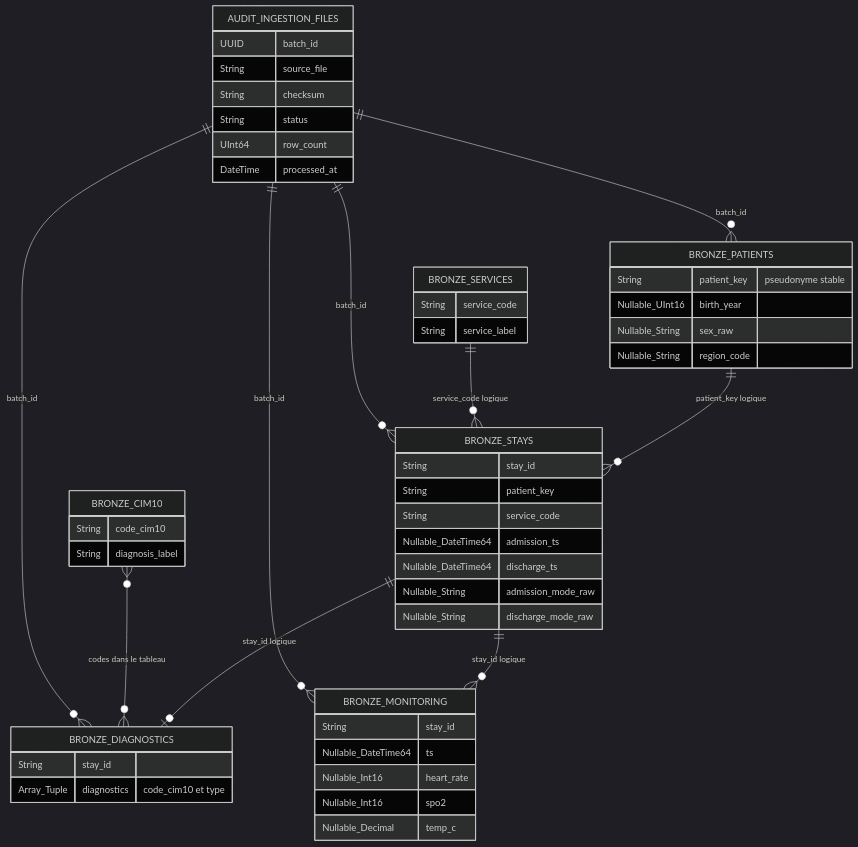
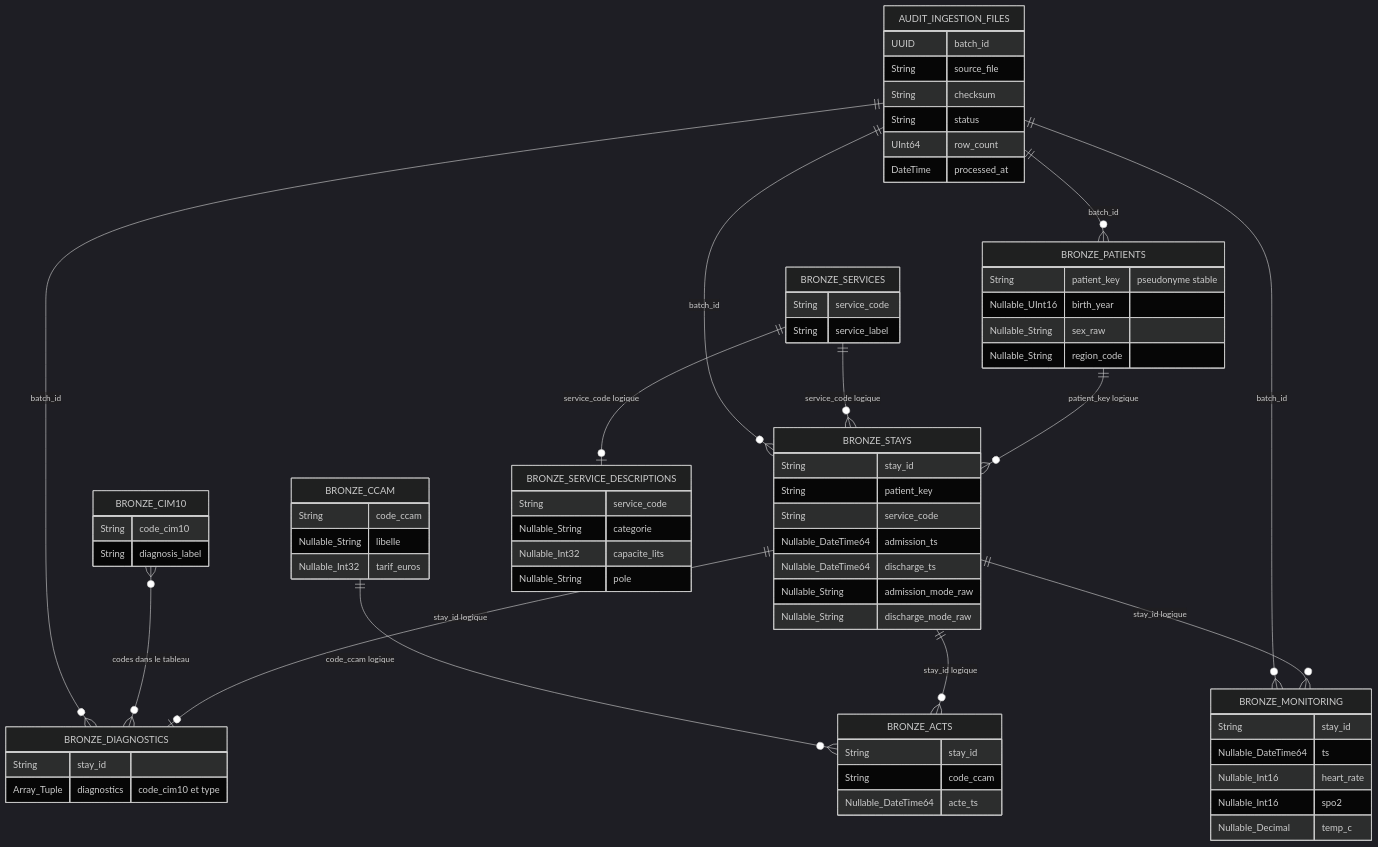
One commit to legrosbison/eds-chu changed the diagram in docs/data-model-bronze.md. Above: the diagram before and after it, drawn with Mermaid (dark theme). The commit also changed other lines of this file and 23 other files, not shown here.

```diff
--- a/docs/data-model-bronze.md
+++ b/docs/data-model-bronze.md
@@ -23,7 +23,10 @@
     BRONZE_SERVICES ||--o{ BRONZE_STAYS : "service_code logique"
     BRONZE_STAYS ||--o| BRONZE_DIAGNOSTICS : "stay_id logique"
     BRONZE_STAYS ||--o{ BRONZE_MONITORING : "stay_id logique"
+    BRONZE_STAYS ||--o{ BRONZE_ACTS : "stay_id logique"
     BRONZE_CIM10 }o--o{ BRONZE_DIAGNOSTICS : "codes dans le tableau"
+    BRONZE_CCAM ||--o{ BRONZE_ACTS : "code_ccam logique"
+    BRONZE_SERVICES ||--o| BRONZE_SERVICE_DESCRIPTIONS : "service_code logique"
 
     AUDIT_INGESTION_FILES ||--o{ BRONZE_PATIENTS : "batch_id"
     AUDIT_INGESTION_FILES ||--o{ BRONZE_STAYS : "batch_id"
@@ -70,6 +73,25 @@
         String diagnosis_label
     }
 
+    BRONZE_SERVICE_DESCRIPTIONS {
+        String service_code
+        Nullable_String categorie
+        Nullable_Int32 capacite_lits
+        Nullable_String pole
+    }
+
+    BRONZE_CCAM {
+        String code_ccam
+        Nullable_String libelle
+        Nullable_Int32 tarif_euros
+    }
+
+    BRONZE_ACTS {
+        String stay_id
+        String code_ccam
+        Nullable_DateTime64 acte_ts
+    }
+
     AUDIT_INGESTION_FILES {
         UUID batch_id
         String source_file
```
